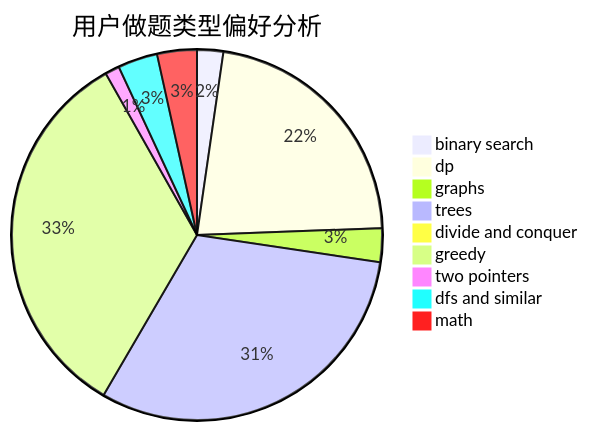
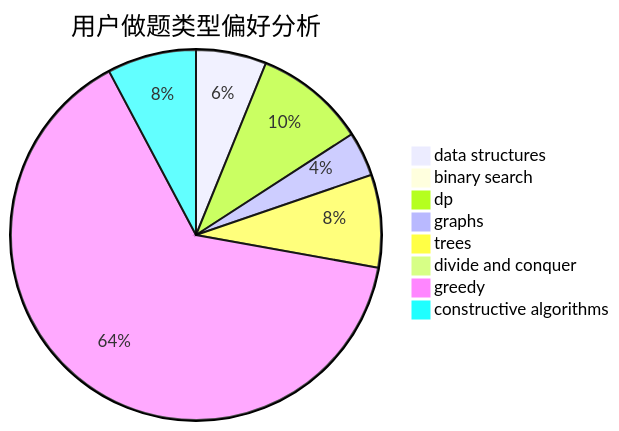
One commit to sherpahu/cfrs.github.io changed the second of 3 diagrams in docs/user/u730.md. Above: the diagram before and after it, drawn with Mermaid. The commit also changed other lines of this file and 2775 other files, not shown here.

````diff
--- a/docs/user/u730.md
+++ b/docs/user/u730.md
@@ -23,12 +23,11 @@
 ```mermaid
 pie title 用户做题类型偏好分析
-    "binary search" :  31
-    "dp" :  300
-    "graphs" :  40
-    "trees" :  421
-    "divide and conquer" :  7
-    "greedy" :  453
-    "two pointers" :  17
-    "dfs and similar" :  47
-    "math" :  47
+    "data structures" :  19
+    "binary search" :  1
+    "dp" :  30
+    "graphs" :  12
+    "trees" :  25
+    "divide and conquer" :  0
+    "greedy" :  199
+    "constructive algorithms" :  24
 ```
````
